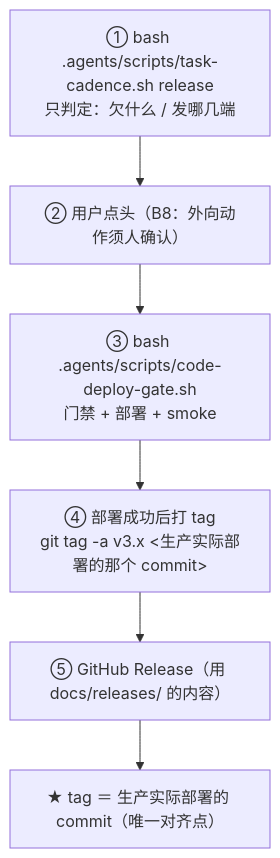
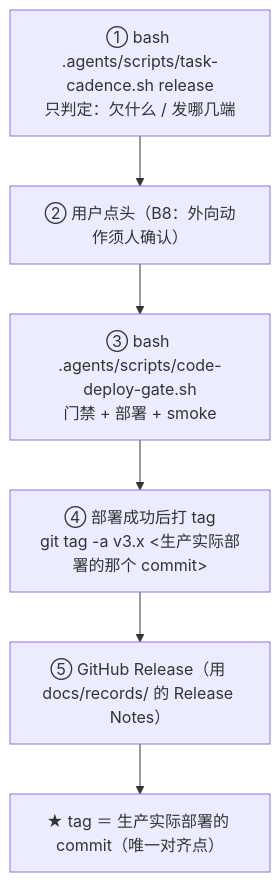
Before and after one commit to adaios/adaios: the sixth of 9 diagrams in .agents/assets/ai-context-engineering.md, drawn with Mermaid. The commit also changed other lines of this file and 11 other files, not shown here.

````diff
--- a/.agents/assets/ai-context-engineering.md
+++ b/.agents/assets/ai-context-engineering.md
@@ -214,8 +216,8 @@
 ```mermaid
 flowchart TD
     A["① bash .agents/scripts/task-cadence.sh release<br/>只判定：欠什么 / 发哪几端"] --> B["② 用户点头（B8：外向动作须人确认）"]
     B --> C["③ bash .agents/scripts/code-deploy-gate.sh<br/>门禁 + 部署 + smoke"]
     C --> D["④ 部署成功后打 tag<br/>git tag -a v3.x &lt;生产实际部署的那个 commit&gt;"]
-    D --> E["⑤ GitHub Release（用 docs/releases/ 的内容）"]
+    D --> E["⑤ GitHub Release（用 docs/records/ 的 Release Notes）"]
     E --> F["★ tag ＝ 生产实际部署的 commit（唯一对齐点）"]
 ```
````
